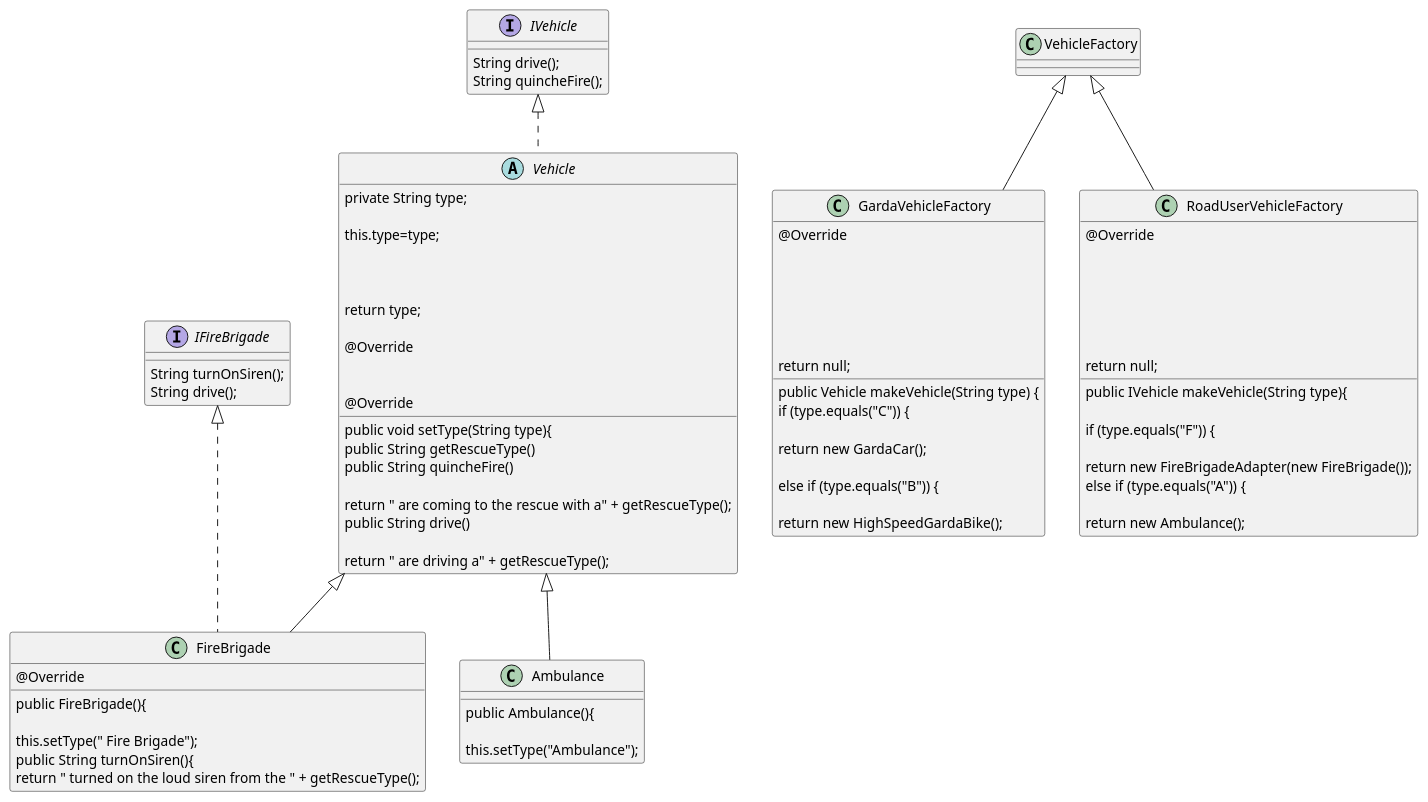
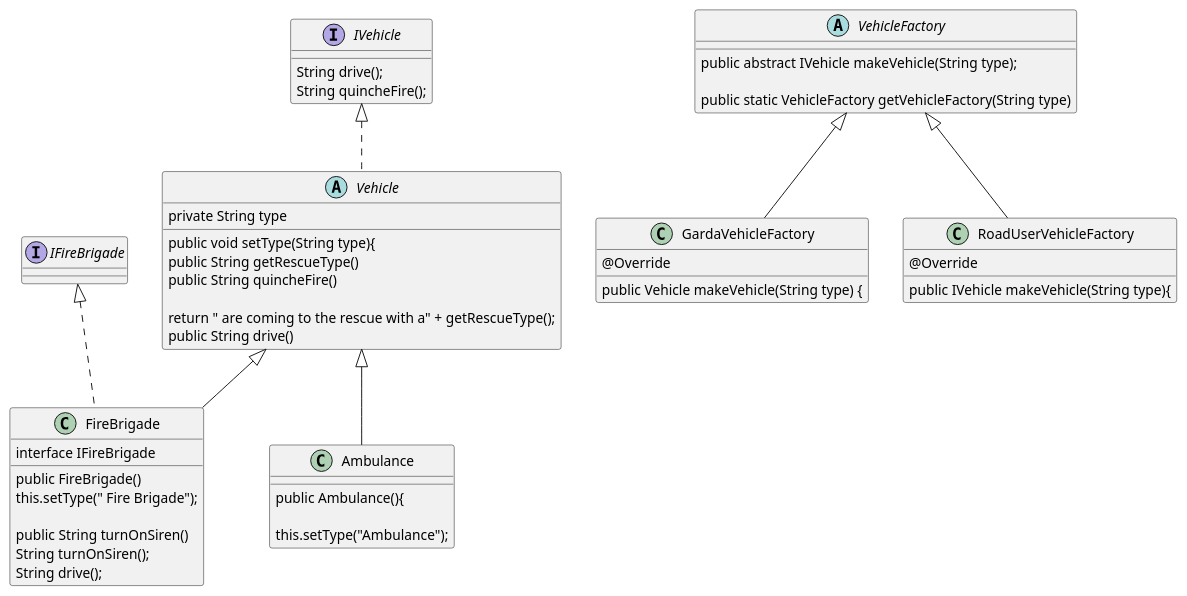
One commit to DeclanBU/Design_Patterns_Project changed the diagram in plantUmlDiagrams/Factory.puml. Above: the diagram before and after it, drawn with PlantUML. The commit also changed 8 other files, not shown here.

```diff
--- a/plantUmlDiagrams/Factory.puml
+++ b/plantUmlDiagrams/Factory.puml
@@ -1,86 +1,61 @@
 @startuml
 
 class Ambulance extends Vehicle {
 
 
     public Ambulance(){
 
         this.setType("Ambulance");
 
     }
     interface IVehicle {
         String drive();
         String quincheFire();
     }
 
 
      abstract class Vehicle implements IVehicle{
-
-        private String type;
-
+        private String type
         public void setType(String type){
-            this.type=type;
-
-
          public String getRescueType()
-
-            return type;
-
-        @Override
         public String quincheFire()
 
           return " are coming to the rescue with a" + getRescueType();
 
-        @Override
+
         public String drive()
 
-            return " are driving a" + getRescueType();
 
     }
     class FireBrigade extends Vehicle implements IFireBrigade {
-
-
-        public FireBrigade(){
-
+        public FireBrigade()
             this.setType(" Fire Brigade");
 
+        public String turnOnSiren()
 
-        @Override
-        public String turnOnSiren(){
-            return " turned on the loud siren from the " + getRescueType();
-        }
-        interface IFireBrigade {
+        interface IFireBrigade
             String turnOnSiren();
             String drive();
             }
             class GardaVehicleFactory extends VehicleFactory{
                 @Override
                 public Vehicle makeVehicle(String type) {
 
 
-                    if (type.equals("C")) {
-
-                        return new GardaCar();
-
-                     else if (type.equals("B")) {
-
-                        return new HighSpeedGardaBike();
-
-                    return null;
                 }
                 class RoadUserVehicleFactory extends VehicleFactory{
                     @Override
                     public IVehicle makeVehicle(String type){
 
-                    if (type.equals("F")) {
+                }
+                abstract class VehicleFactory {
 
-                        return new FireBrigadeAdapter(new FireBrigade());
+                    public abstract IVehicle makeVehicle(String type);
+
+                    public static VehicleFactory getVehicleFactory(String type)
 
 
-                    else if (type.equals("A")) {
+                    }
 
-                        return new Ambulance();
 
-                    return null;
-                }
 @enduml
```
